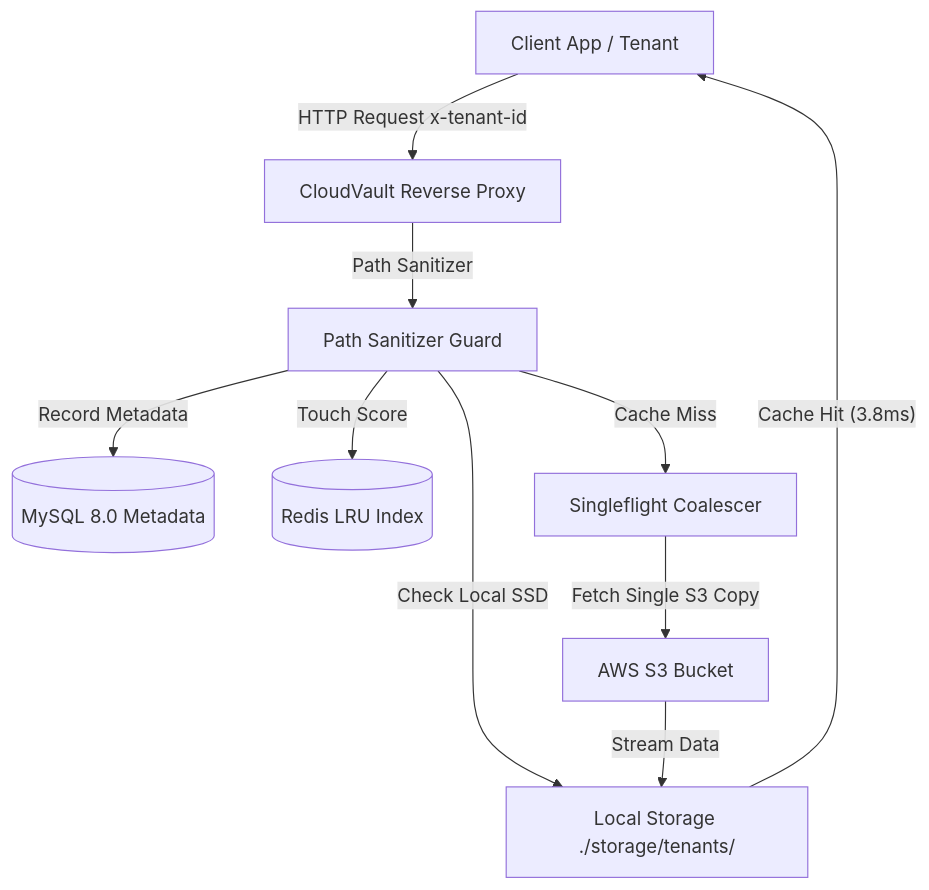
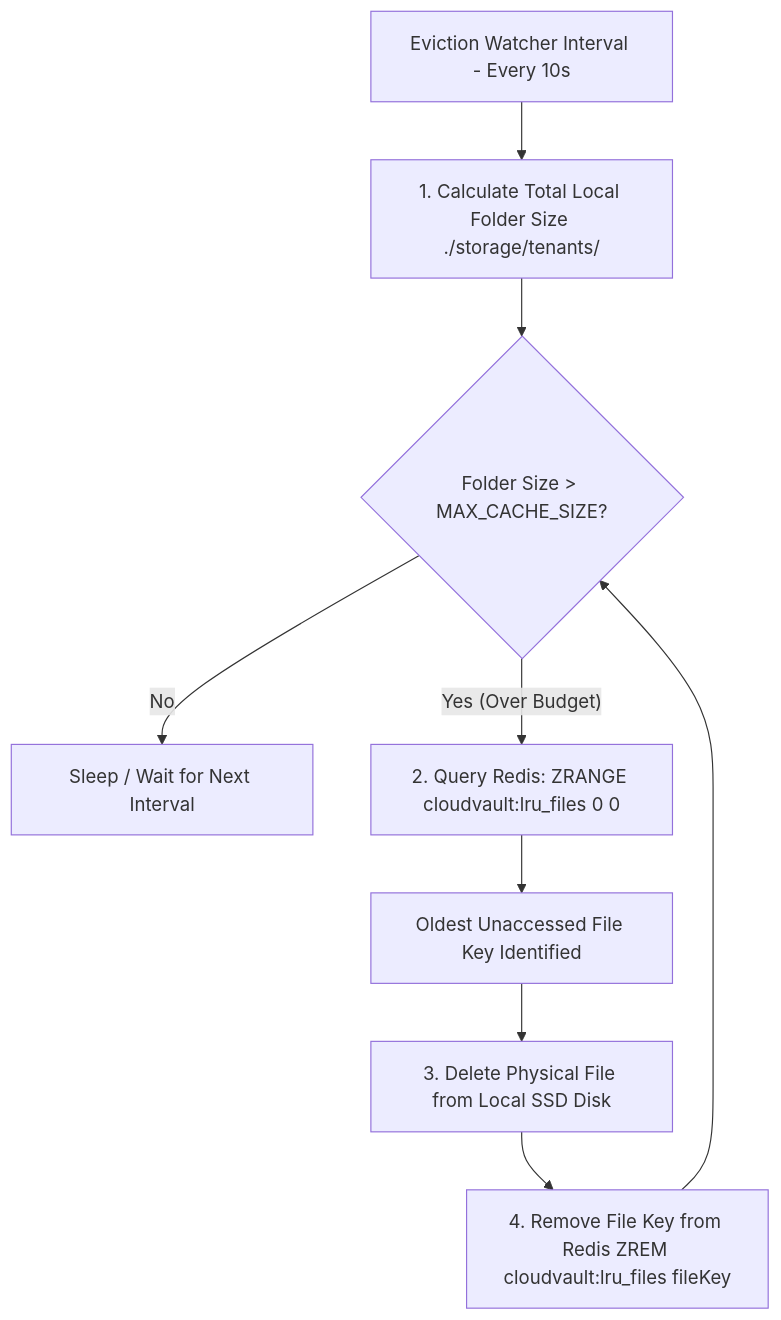
The diagram in README.md (vinay020606/CloudVault), drawn with Mermaid before and after one commit. The commit also changed other lines of this file, not shown here.

Commit message:
docs: add detailed section on Reverse Proxy, MySQL schema, Redis ZSET structure, and LRU Eviction watcher

````diff
--- a/README.md
+++ b/README.md
@@ -34,14 +90,11 @@
 ```mermaid
 graph TD;
-    Client[Client App / Tenant]-->|HTTP Request x-tenant-id| Proxy[CloudVault Reverse Proxy];
-    Proxy-->|Path Sanitizer| Security[Path Sanitizer Guard];
-    Security-->|Check Local SSD| Disk[Local Storage ./storage/tenants/];
-    Security-->|Record Metadata| MySQL[(MySQL 8.0 Metadata)];
-    Security-->|Touch Score| Redis[(Redis LRU Index)];
-    
-    Disk-- Cache Hit (3.8ms) -->Client;
-    
-    Security-->|Cache Miss| Singleflight[Singleflight Coalescer];
-    Singleflight-->|Fetch Single S3 Copy| S3[AWS S3 Bucket];
-    S3-->|Stream Data| Disk;
+    Start[Eviction Watcher Interval - Every 10s]-->Calc[1. Calculate Total Local Folder Size ./storage/tenants/];
+    Calc-->Check{Folder Size > MAX_CACHE_SIZE?};
+    Check-- No -->End[Sleep / Wait for Next Interval];
+    Check-- Yes (Over Budget) -->Fetch[2. Query Redis: ZRANGE cloudvault:lru_files 0 0];
+    Fetch-->Identify[Oldest Unaccessed File Key Identified];
+    Identify-->DeleteDisk[3. Delete Physical File from Local SSD Disk];
+    DeleteDisk-->RemoveRedis[4. Remove File Key from Redis ZREM cloudvault:lru_files fileKey];
+    RemoveRedis-->Check;
 ```
````
